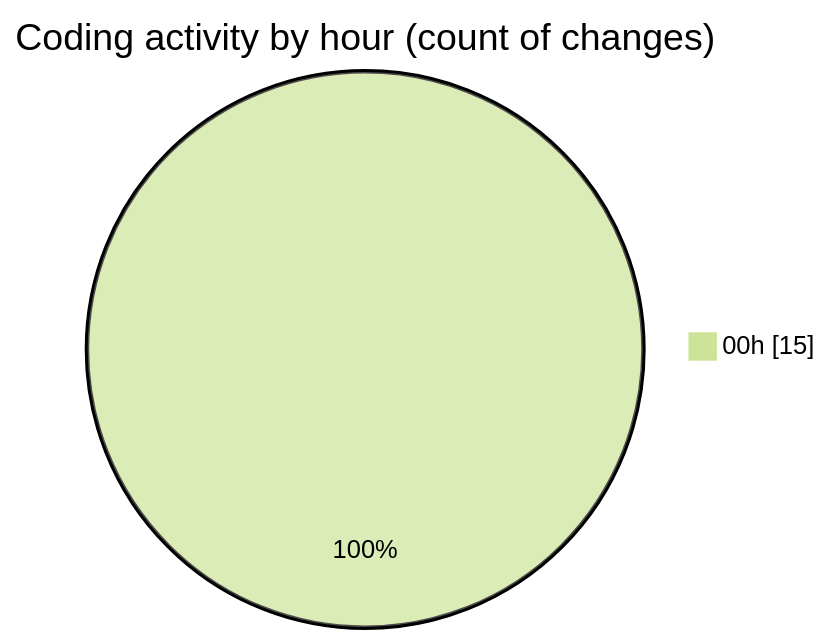
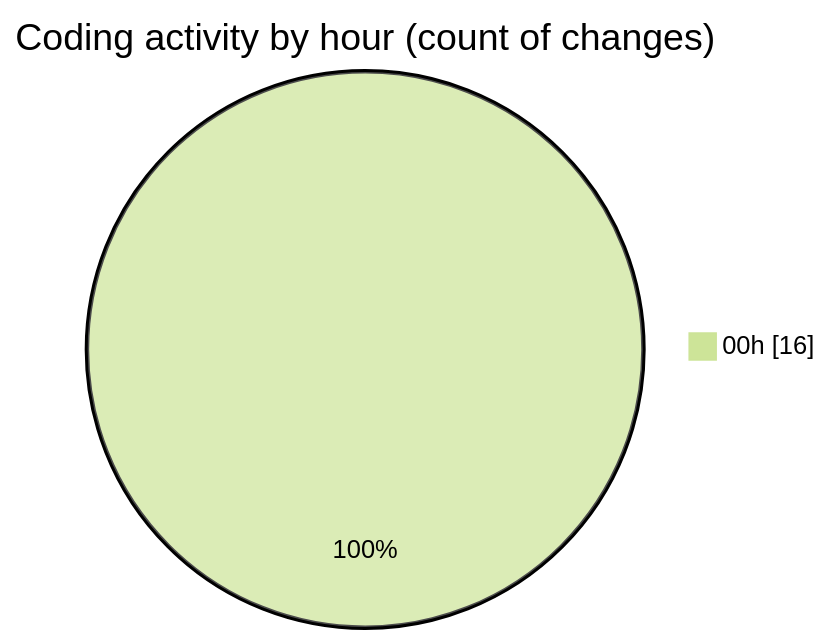
Before and after one commit to Elitesun/code-tracking: the second of 2 diagrams in 2025-05-18/niten/README.md, drawn with Mermaid (forest theme). The commit also changed other lines of this file and 1 other file, not shown here.

````diff
--- a/2025-05-18/niten/README.md
+++ b/2025-05-18/niten/README.md
@@ -34,5 +34,5 @@
 ```mermaid
 pie showData
 title Coding activity by hour (count of changes)
-"00h" : 15
+"00h" : 16
 ```
````
